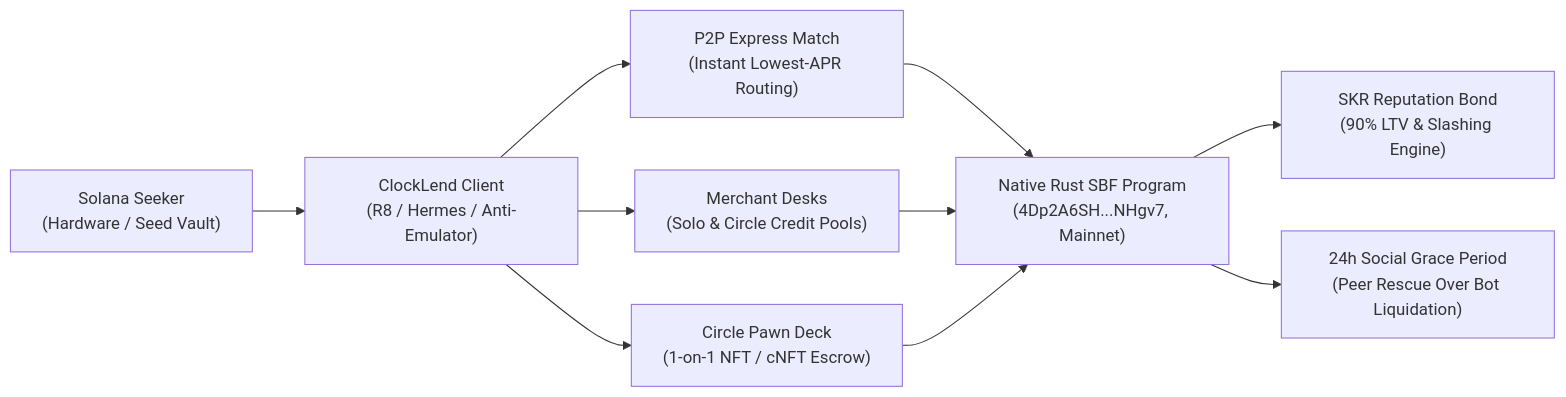
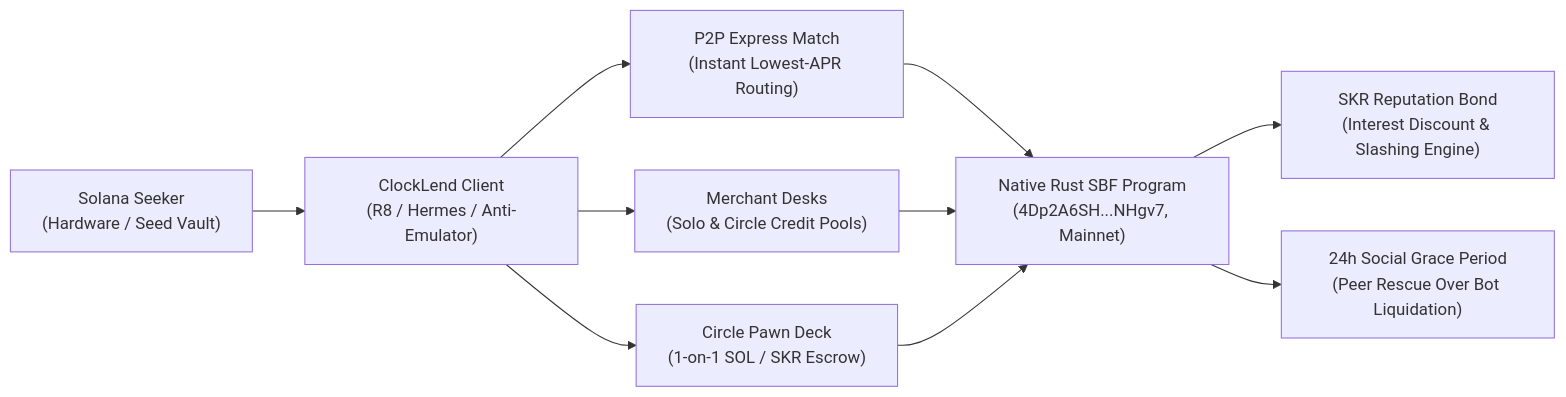
Before and after one commit to luckysitara/ClockLend: the first of 4 diagrams in README.md, drawn with Mermaid. The commit also changed other lines of this file and 13 other files, not shown here.

````diff
--- a/README.md
+++ b/README.md
@@ -87,10 +113,10 @@
 ```mermaid
 flowchart LR
     A["Solana Seeker<br>(Hardware / Seed Vault)"] --> B["ClockLend Client<br>(R8 / Hermes / Anti-Emulator)"]
     B --> C["P2P Express Match<br>(Instant Lowest-APR Routing)"]
     B --> D["Merchant Desks<br>(Solo & Circle Credit Pools)"]
-    B --> E["Circle Pawn Deck<br>(1-on-1 NFT / cNFT Escrow)"]
+    B --> E["Circle Pawn Deck<br>(1-on-1 SOL / SKR Escrow)"]
     C & D & E --> F["Native Rust SBF Program<br>(4Dp2A6SH...NHgv7, Mainnet)"]
-    F --> G["SKR Reputation Bond<br>(90% LTV & Slashing Engine)"]
+    F --> G["SKR Reputation Bond<br>(Interest Discount & Slashing Engine)"]
     F --> H["24h Social Grace Period<br>(Peer Rescue Over Bot Liquidation)"]
 ```
````
